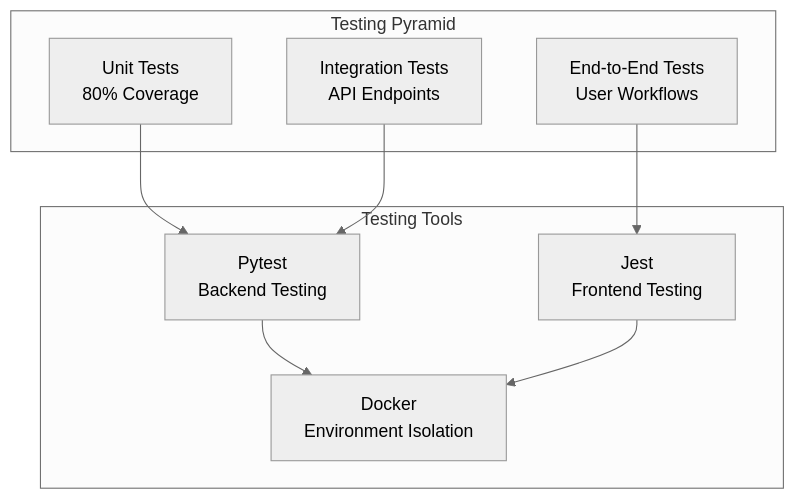
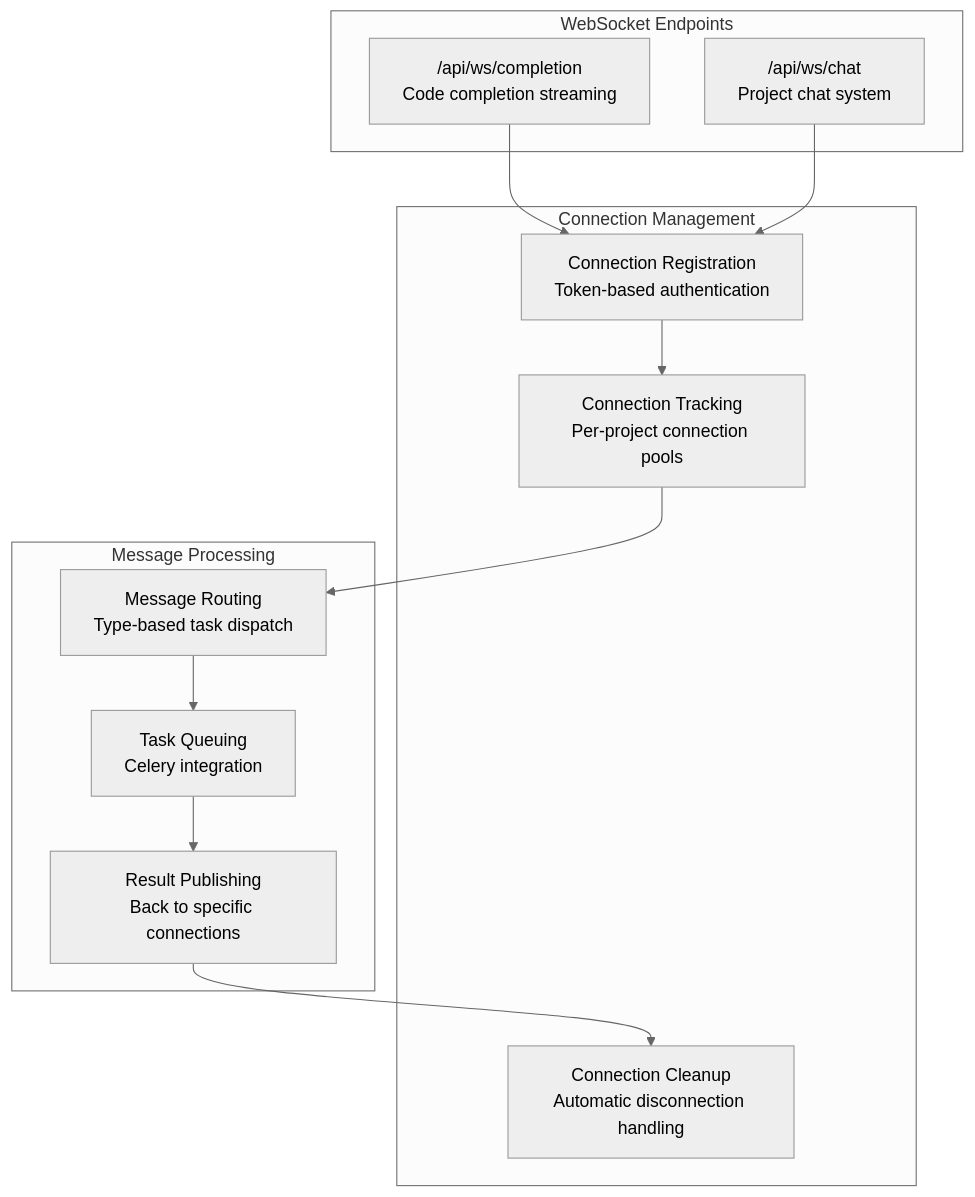
Before and after one commit to AISE-TUDelft/code4me2-server: the fifth of 5 diagrams in README.md, drawn with Mermaid (neutral theme). The commit also changed other lines of this file and 3 other files, not shown here.

````diff
--- a/README.md
+++ b/README.md
@@ -307,20 +366,27 @@
 ```mermaid
 graph TB
-    subgraph "Testing Pyramid"
-        A[Unit Tests<br/>80% Coverage]
-        B[Integration Tests<br/>API Endpoints]
-        C[End-to-End Tests<br/>User Workflows]
+    subgraph "WebSocket Endpoints"
+        WSComp[ /api/ws/completion<br/>Code completion streaming]
+        WSChat[ /api/ws/chat<br/>Project chat system]
     end
 
-    subgraph "Testing Tools"
-        D[Pytest<br/>Backend Testing]
-        E[Jest<br/>Frontend Testing]
-        F[Docker<br/>Environment Isolation]
+    subgraph "Connection Management"
+        ConnReg[Connection Registration<br/>Token-based authentication]
+        ConnTrack[Connection Tracking<br/>Per-project connection pools]
+        ConnClean[Connection Cleanup<br/>Automatic disconnection handling]
     end
 
-    A --> D
-    B --> D
-    C --> E
-    D --> F
-    E --> F
+    subgraph "Message Processing"
+        MsgRoute[Message Routing<br/>Type-based task dispatch]
+        TaskQueue[Task Queuing<br/>Celery integration]
+        ResultPub[Result Publishing<br/>Back to specific connections]
+    end
+
+    WSComp --> ConnReg
+    WSChat --> ConnReg
+    ConnReg --> ConnTrack
+    ConnTrack --> MsgRoute
+    MsgRoute --> TaskQueue
+    TaskQueue --> ResultPub
+    ResultPub --> ConnClean
 ```
````
